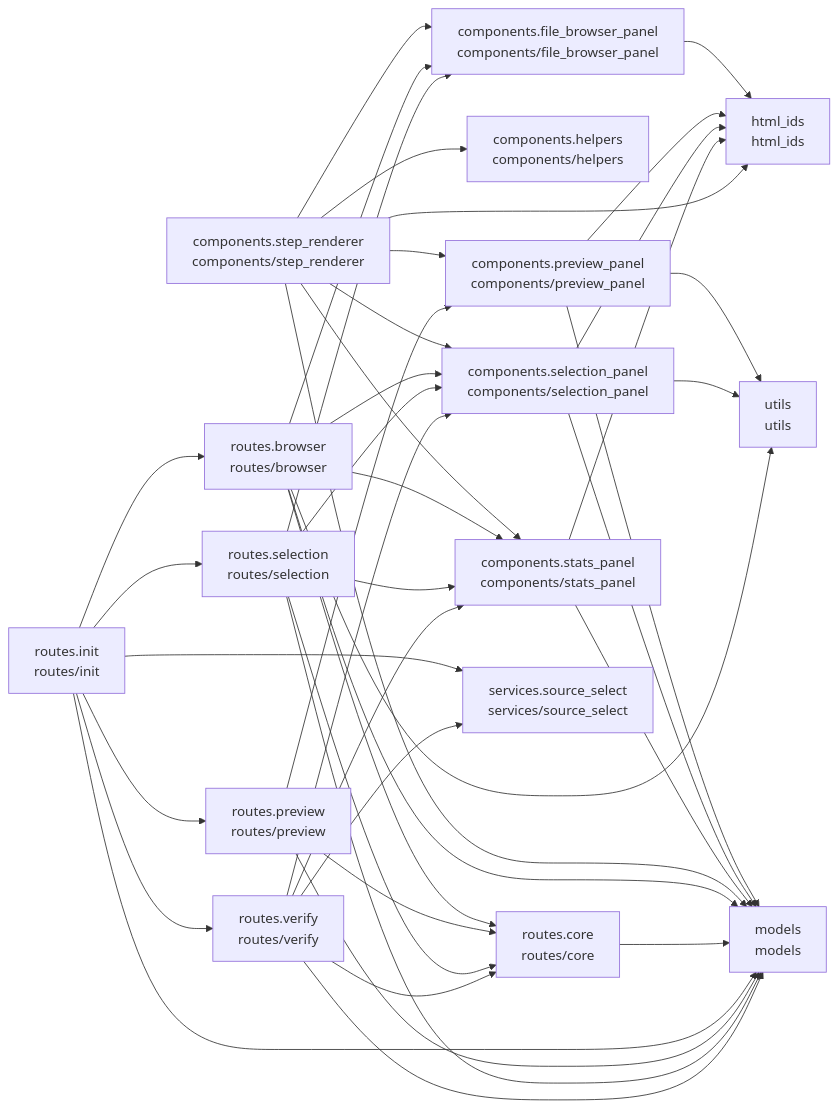
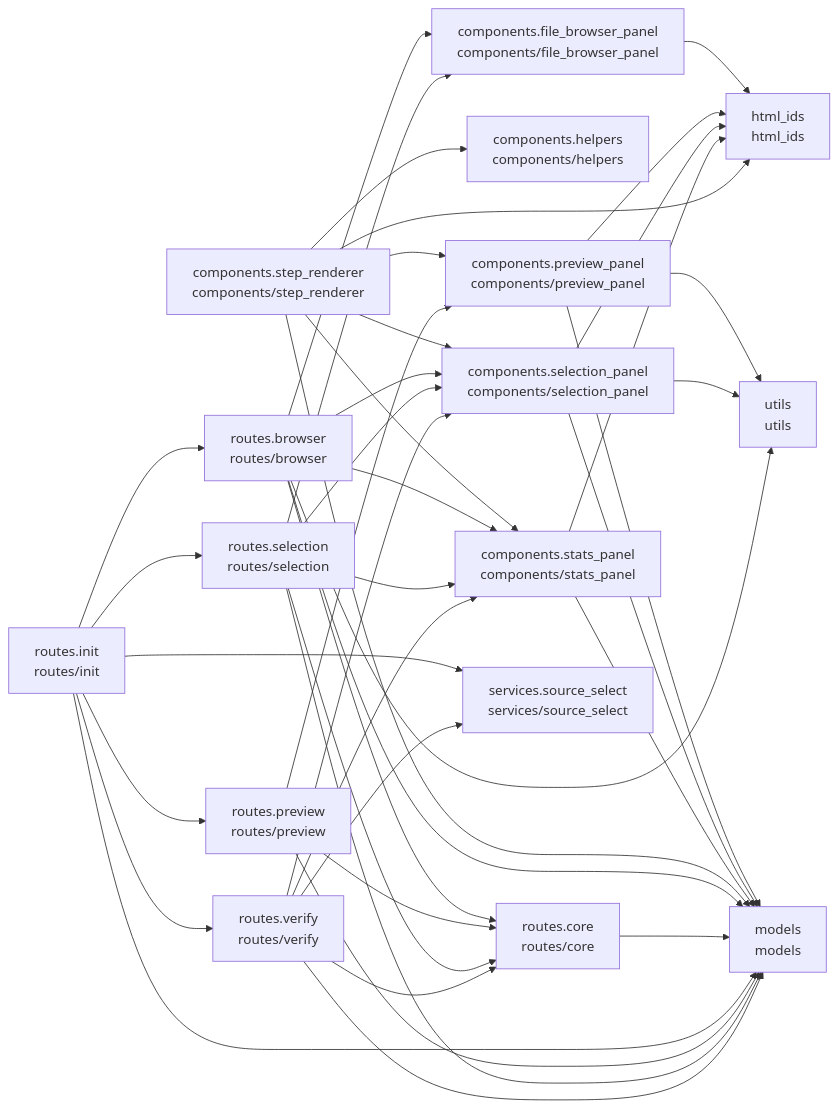
One commit to cj-mills/cjm-transcription-source-select changed the diagram in README.md. Above: the diagram before and after it, drawn with Mermaid. The commit also changed other lines of this file and 15 other files, not shown here.

Commit message:
Update file browser integration to new virtual-collection-based API with checkbox selection, folder bulk-select, and session-based state persistence.

````diff
--- a/README.md
+++ b/README.md
@@ -39,62 +39,61 @@
 ``` mermaid
 graph LR
     components_file_browser_panel[components.file_browser_panel<br/>components/file_browser_panel]
     components_helpers[components.helpers<br/>components/helpers]
     components_preview_panel[components.preview_panel<br/>components/preview_panel]
     components_selection_panel[components.selection_panel<br/>components/selection_panel]
     components_stats_panel[components.stats_panel<br/>components/stats_panel]
     components_step_renderer[components.step_renderer<br/>components/step_renderer]
     html_ids[html_ids<br/>html_ids]
     models[models<br/>models]
     routes_browser[routes.browser<br/>routes/browser]
     routes_core[routes.core<br/>routes/core]
     routes_init[routes.init<br/>routes/init]
     routes_preview[routes.preview<br/>routes/preview]
     routes_selection[routes.selection<br/>routes/selection]
     routes_verify[routes.verify<br/>routes/verify]
     services_source_select[services.source_select<br/>services/source_select]
     utils[utils<br/>utils]
 
     components_file_browser_panel --> html_ids
-    components_preview_panel --> html_ids
     components_preview_panel --> utils
     components_preview_panel --> models
+    components_preview_panel --> html_ids
     components_selection_panel --> models
+    components_selection_panel --> utils
     components_selection_panel --> html_ids
-    components_selection_panel --> utils
     components_stats_panel --> models
     components_stats_panel --> html_ids
+    components_step_renderer --> components_stats_panel
     components_step_renderer --> models
     components_step_renderer --> components_selection_panel
+    components_step_renderer --> components_preview_panel
+    components_step_renderer --> components_helpers
     components_step_renderer --> html_ids
-    components_step_renderer --> components_stats_panel
-    components_step_renderer --> components_file_browser_panel
-    components_step_renderer --> components_helpers
-    components_step_renderer --> components_preview_panel
+    routes_browser --> components_stats_panel
     routes_browser --> utils
+    routes_browser --> models
+    routes_browser --> components_selection_panel
+    routes_browser --> components_file_browser_panel
     routes_browser --> routes_core
-    routes_browser --> components_selection_panel
-    routes_browser --> components_stats_panel
-    routes_browser --> components_file_browser_panel
-    routes_browser --> models
     routes_core --> models
+    routes_init --> models
     routes_init --> routes_selection
+    routes_init --> routes_browser
     routes_init --> routes_preview
-    routes_init --> models
+    routes_init --> routes_verify
     routes_init --> services_source_select
-    routes_init --> routes_verify
-    routes_init --> routes_browser
+    routes_preview --> models
     routes_preview --> routes_core
-    routes_preview --> models
     routes_preview --> components_preview_panel
+    routes_selection --> components_stats_panel
+    routes_selection --> models
+    routes_selection --> components_selection_panel
+    routes_selection --> components_file_browser_panel
     routes_selection --> routes_core
-    routes_selection --> components_selection_panel
-    routes_selection --> components_stats_panel
-    routes_selection --> components_file_browser_panel
-    routes_selection --> models
+    routes_verify --> models
+    routes_verify --> components_stats_panel
     routes_verify --> routes_core
-    routes_verify --> components_stats_panel
-    routes_verify --> models
     routes_verify --> components_selection_panel
     routes_verify --> services_source_select
 ```
````
